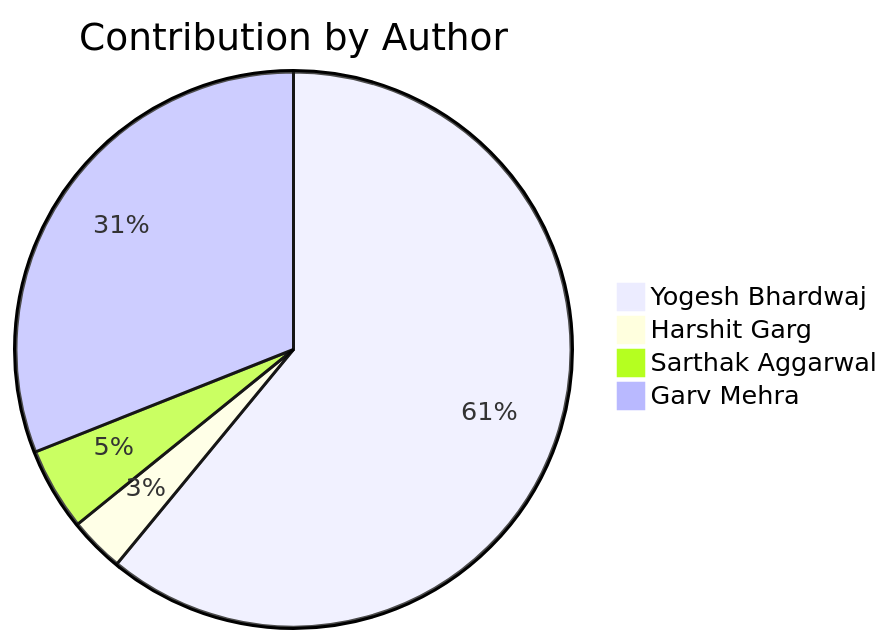
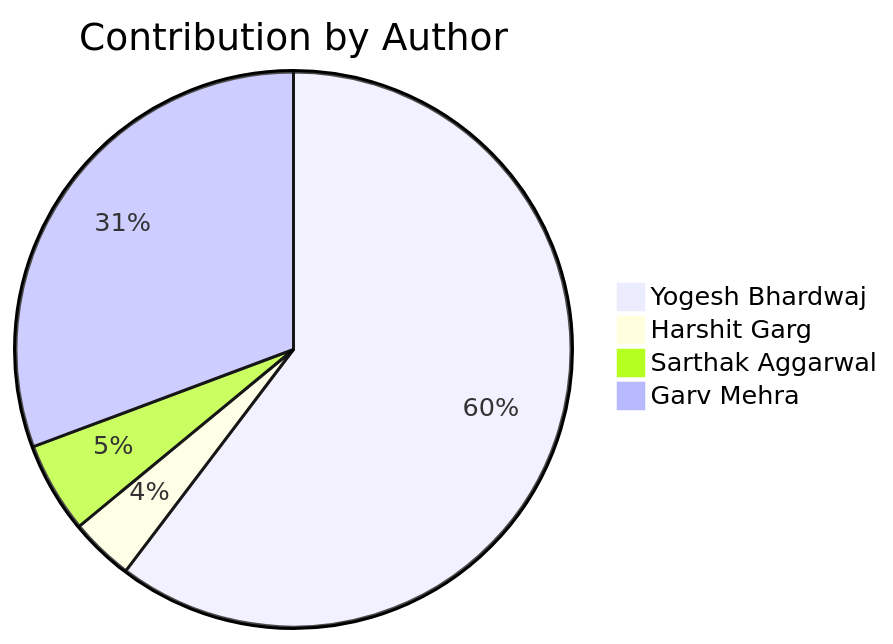
One commit to Yogesh-Bhardwaj-hue/Scm-Final_2.0 changed the second of 2 diagrams in README.md. Above: the diagram before and after it, drawn with Mermaid. The commit also changed other lines of this file, not shown here.

Commit message:
Update contribution charts

````diff
--- a/README.md
+++ b/README.md
@@ -192,7 +192,7 @@
 ```mermaid
 pie title Contribution by Author
     "Yogesh Bhardwaj": 114
-    "Harshit Garg": 6
-    "Sarthak Aggarwal": 9
+    "Harshit Garg": 7
+    "Sarthak Aggarwal": 10
     "Garv Mehra": 58
 ```
````
